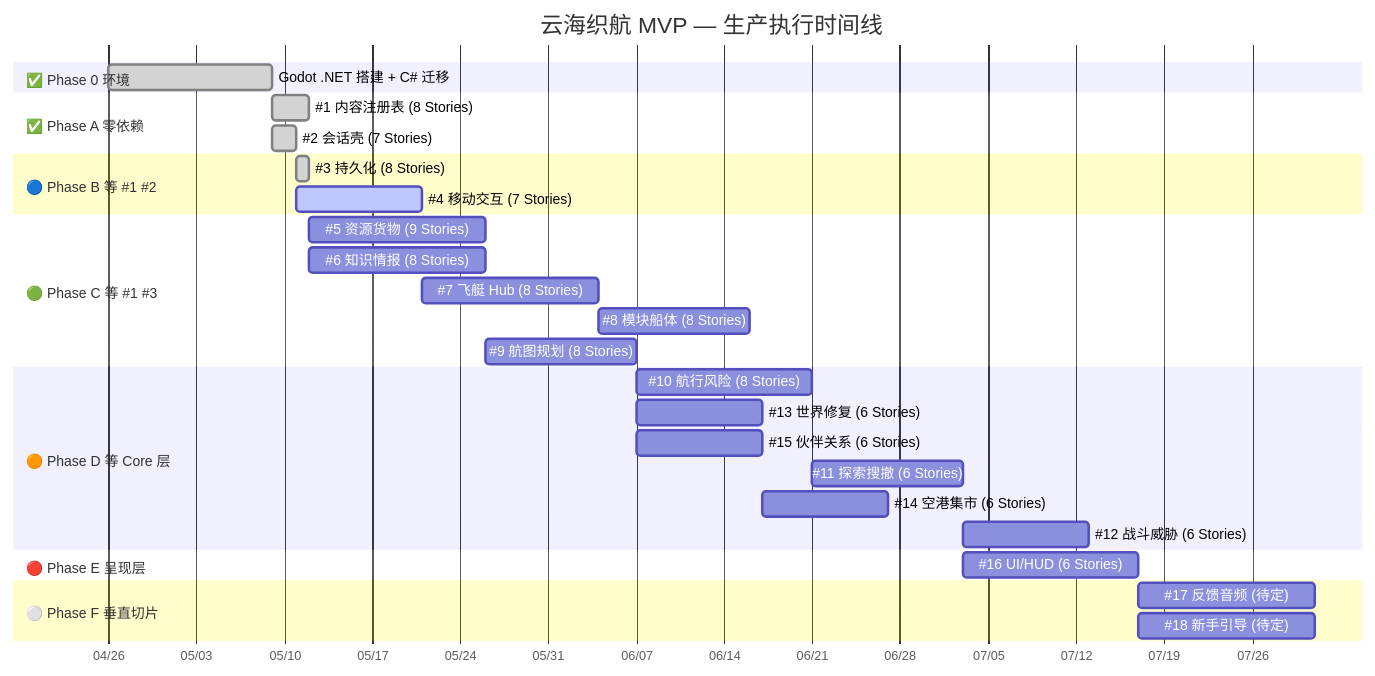
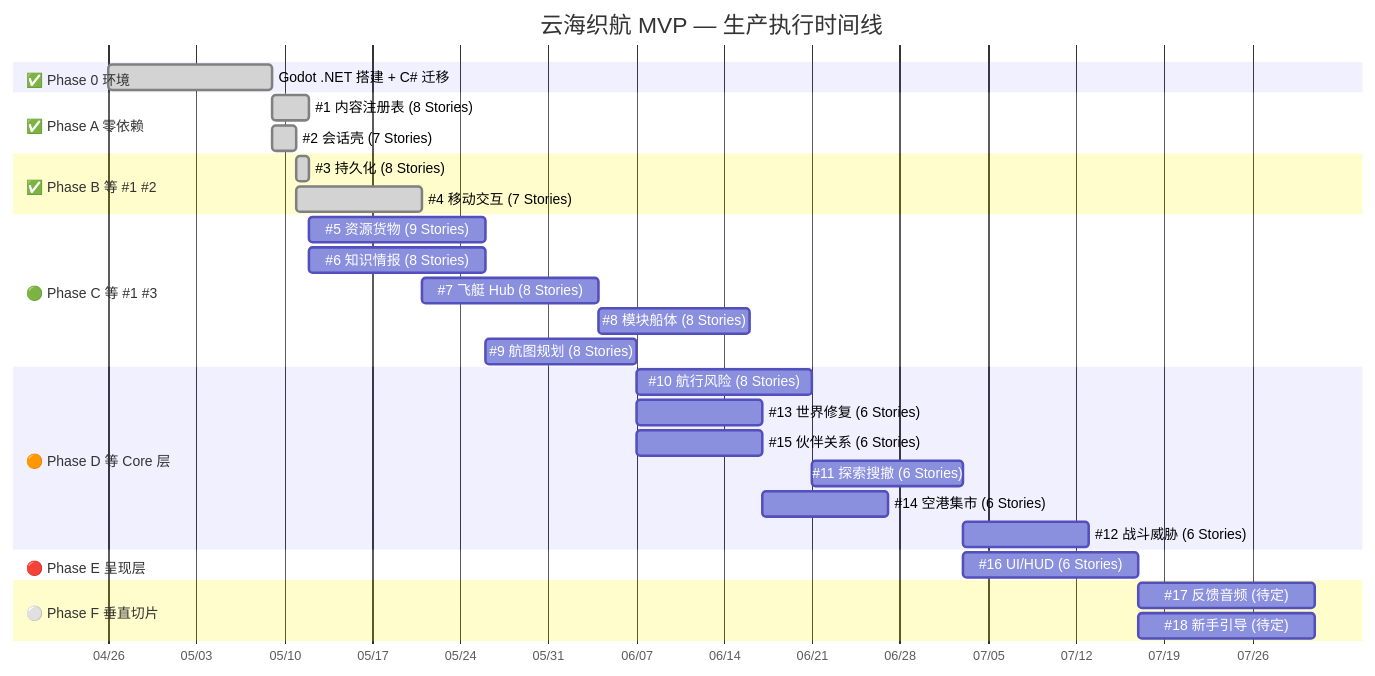
The first of 3 diagrams in docs/reference/production-flowchart.md (lieinsay/Claude-Code-Game-Studios), drawn with Mermaid before and after one commit. The commit also changed other lines of this file and 29 other files, not shown here.

````diff
--- a/docs/reference/production-flowchart.md
+++ b/docs/reference/production-flowchart.md
@@ -13,39 +13,39 @@
 ```mermaid
 gantt
     title 云海织航 MVP — 生产执行时间线
     dateFormat YYYY-MM-DD
     axisFormat %m/%d
 
     section ✅ Phase 0 环境
     Godot .NET 搭建 + C# 迁移   :done,    p0, 2026-04-26, 2026-05-09
 
     section ✅ Phase A 零依赖
     #1 内容注册表 (8 Stories)    :done,    p1a, 2026-05-09, 2026-05-12
     #2 会话壳     (7 Stories)    :done,    p1b, 2026-05-09, 2026-05-11
 
-    section 🔵 Phase B 等 #1 #2
+    section ✅ Phase B 等 #1 #2
     #3 持久化     (8 Stories)    :done,    p2a, 2026-05-11, 2026-05-12
-    #4 移动交互   (7 Stories)    :active,  p2b, after p1b, 10d
+    #4 移动交互   (7 Stories)    :done,    p2b, after p1b, 10d
 
     section 🟢 Phase C 等 #1 #3
     #5 资源货物   (9 Stories)    :         p3a, after p2a, 14d
     #6 知识情报   (8 Stories)    :         p3b, after p2a, 14d
     #7 飞艇 Hub   (8 Stories)    :         p3c, after p2b, 14d
     #8 模块船体   (8 Stories)    :         p3d, after p3c, 12d
     #9 航图规划   (8 Stories)    :         p3e, after p3b, 12d
 
     section 🟠 Phase D 等 Core 层
     #10 航行风险  (8 Stories)    :         p4a, after p3e, 14d
     #13 世界修复  (6 Stories)    :         p4b, after p3e, 10d
     #15 伙伴关系  (6 Stories)    :         p4c, after p3e, 10d
     #11 探索搜撤  (6 Stories)    :         p4d, after p4a, 12d
     #14 空港集市  (6 Stories)    :         p4e, after p4b, 10d
     #12 战斗威胁  (6 Stories)    :         p4f, after p4d, 10d
 
     section 🔴 Phase E 呈现层
     #16 UI/HUD    (6 Stories)    :         p5a, after p4d, 14d
 
     section ⚪ Phase F 垂直切片
     #17 反馈音频  (待定)         :         p6a, after p5a, 14d
     #18 新手引导  (待定)         :         p6b, after p5a, 14d
 ```
````
